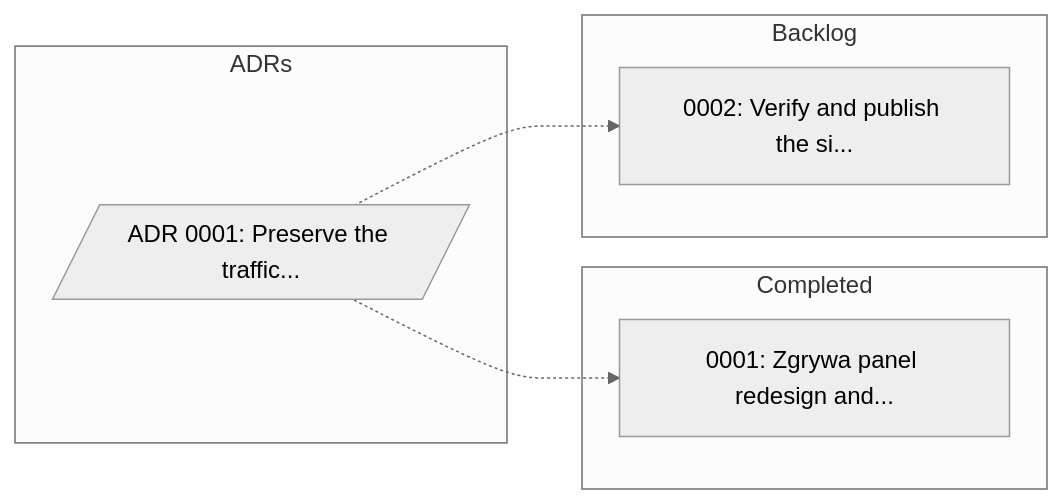
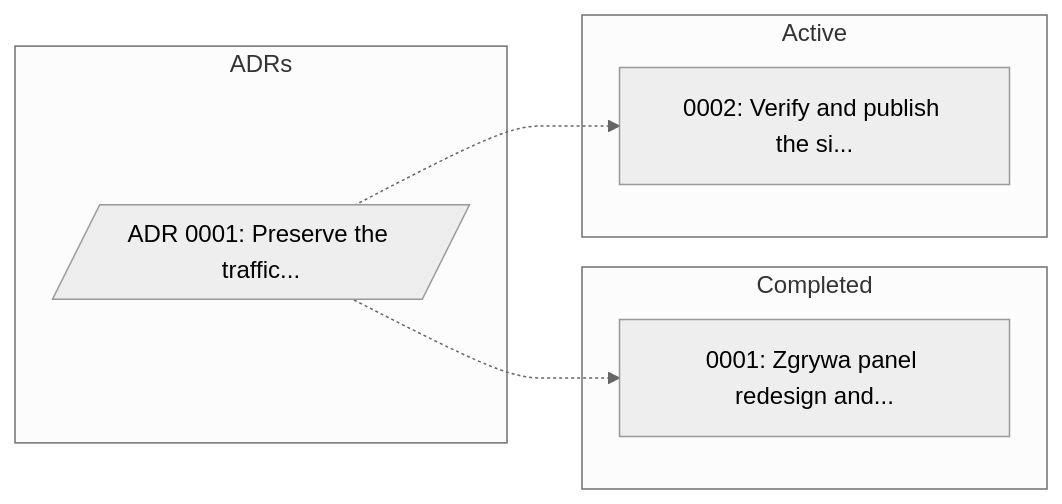
One commit to jakiesluchawki/SZLAUCH changed the diagram in lore/README.md. Above: the diagram before and after it, drawn with Mermaid (neutral theme). The commit also changed other lines of this file and 2 other files, not shown here.

````diff
--- a/lore/README.md
+++ b/lore/README.md
@@ -16,16 +22,16 @@
 ```mermaid
 flowchart LR
     subgraph Completed
         T0001["0001: Zgrywa panel redesign and..."]
     end
-    subgraph Backlog
+    subgraph Active
         T0002["0002: Verify and publish the si..."]
     end
     subgraph ADRs
         ADR0001[/"ADR 0001: Preserve the traffic..."/]
     end
 
 
+    ADR0001 -.-> T0002
     ADR0001 -.-> T0001
-    ADR0001 -.-> T0002
 ```
````
